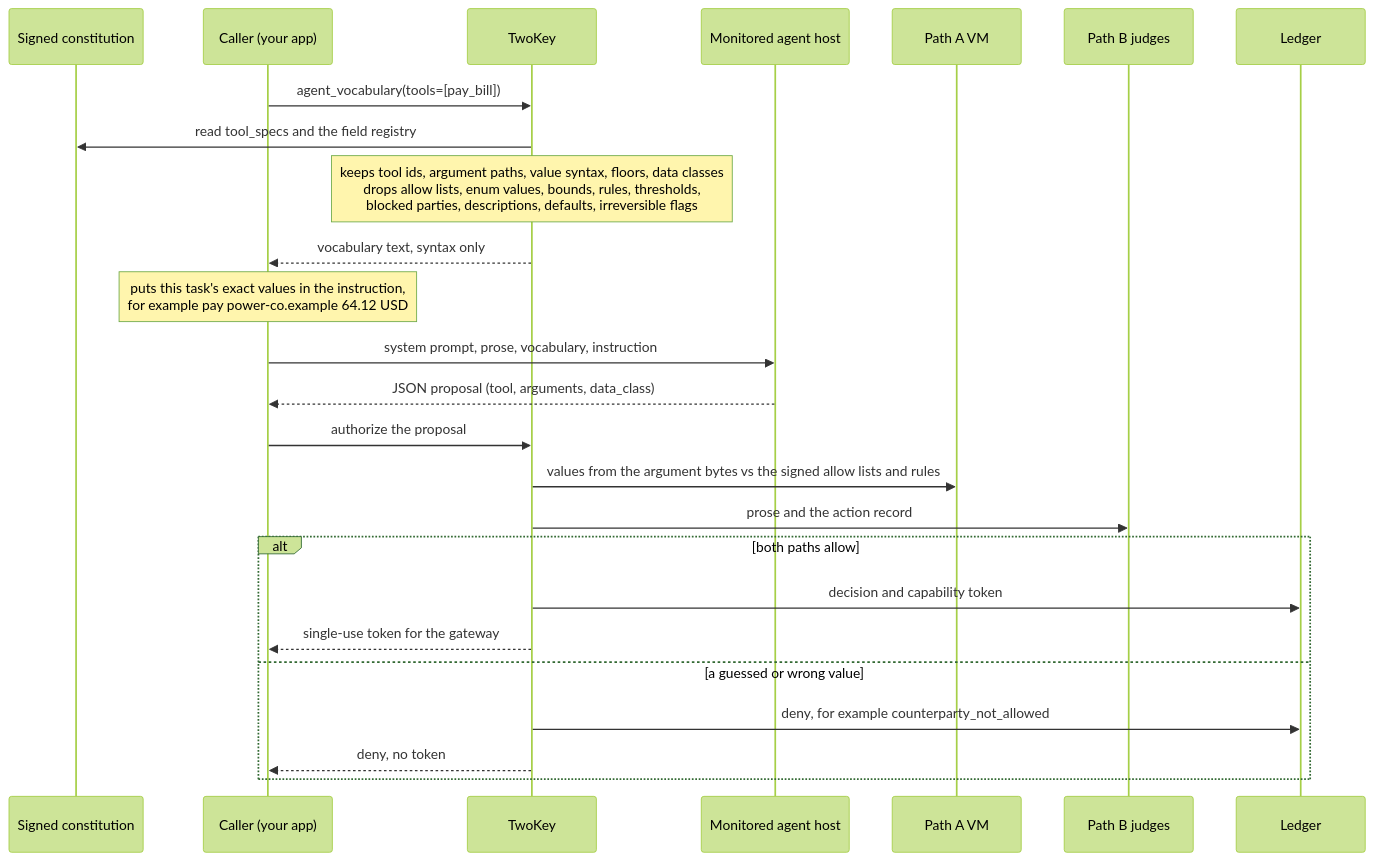
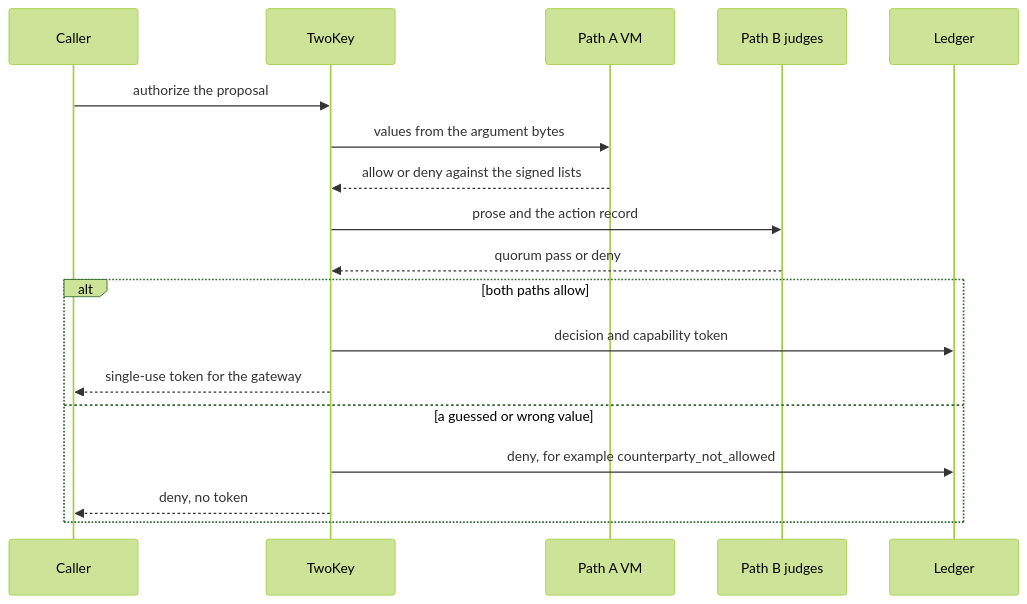
The third of 5 diagrams in docs/HOWTO.md (Insomniac-VibeLabs/two-key), drawn with Mermaid (forest theme) before and after one commit. The commit also changed other lines of this file and 12 other files, not shown here.

First line of the commit message:
Redraw every diagram to one house style, checked by a test (#29)

````diff
--- a/docs/HOWTO.md
+++ b/docs/HOWTO.md
@@ -1285,28 +1304,20 @@
 ```mermaid
 sequenceDiagram
-  participant Signed as Signed constitution
-  participant Caller as Caller (your app)
+  participant Caller
   participant TwoKey
-  participant Agent as Monitored agent host
   participant PathA as Path A VM
   participant PathB as Path B judges
   participant Ledger
-
-  Caller->>TwoKey: agent_vocabulary(tools=[pay_bill])
-  TwoKey->>Signed: read tool_specs and the field registry
-  Note over TwoKey: keeps tool ids, argument paths, value syntax, floors, data classes<br/>drops allow lists, enum values, bounds, rules, thresholds,<br/>blocked parties, descriptions, defaults, irreversible flags
-  TwoKey-->>Caller: vocabulary text, syntax only
-  Note over Caller: puts this task's exact values in the instruction,<br/>for example pay power-co.example 64.12 USD
-  Caller->>Agent: system prompt, prose, vocabulary, instruction
-  Agent-->>Caller: JSON proposal (tool, arguments, data_class)
   Caller->>TwoKey: authorize the proposal
-  TwoKey->>PathA: values from the argument bytes vs the signed allow lists and rules
+  TwoKey->>PathA: values from the argument bytes
+  PathA-->>TwoKey: allow or deny against the signed lists
   TwoKey->>PathB: prose and the action record
+  PathB-->>TwoKey: quorum pass or deny
   alt both paths allow
     TwoKey->>Ledger: decision and capability token
     TwoKey-->>Caller: single-use token for the gateway
   else a guessed or wrong value
     TwoKey->>Ledger: deny, for example counterparty_not_allowed
     TwoKey-->>Caller: deny, no token
   end
 ```
````
